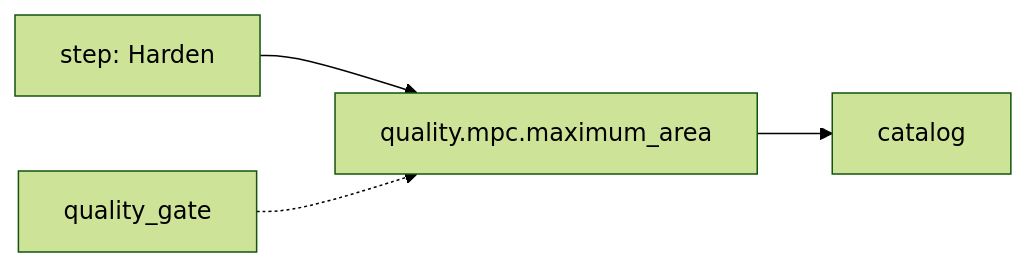
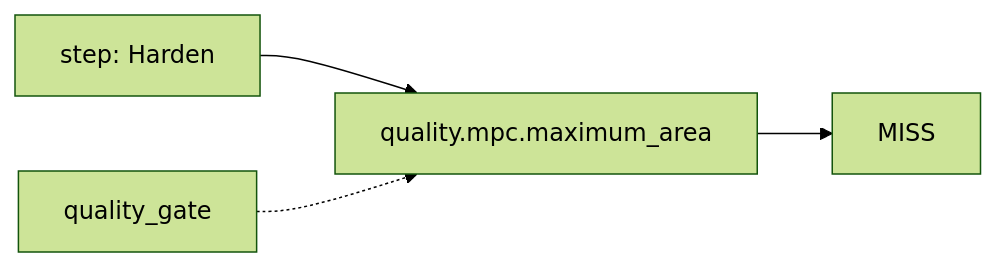
Diagram 18 of 53 in .github/signoff-board/signoff-kanban.md (openecos-projects/ecc), drawn with Mermaid (forest theme) before and after one commit. The commit also changed other lines of this file and 2 other files, not shown here.

First line of the commit message:
feat(signoff): add performance / iSTA catalog slots (43 metrics)

````diff
--- a/.github/signoff-board/signoff-kanban.md
+++ b/.github/signoff-board/signoff-kanban.md
@@ -451,6 +483,6 @@
 ```mermaid
 flowchart LR
   step_quality_mpc_maximum_area["step: Harden"] --> metric_quality_mpc_maximum_area["quality.mpc.maximum_area"]
-  metric_quality_mpc_maximum_area --> state_quality_mpc_maximum_area["catalog"]
+  metric_quality_mpc_maximum_area --> state_quality_mpc_maximum_area["MISS"]
   cat_quality_mpc_maximum_area["quality_gate"] -.-> metric_quality_mpc_maximum_area
 ```
````
